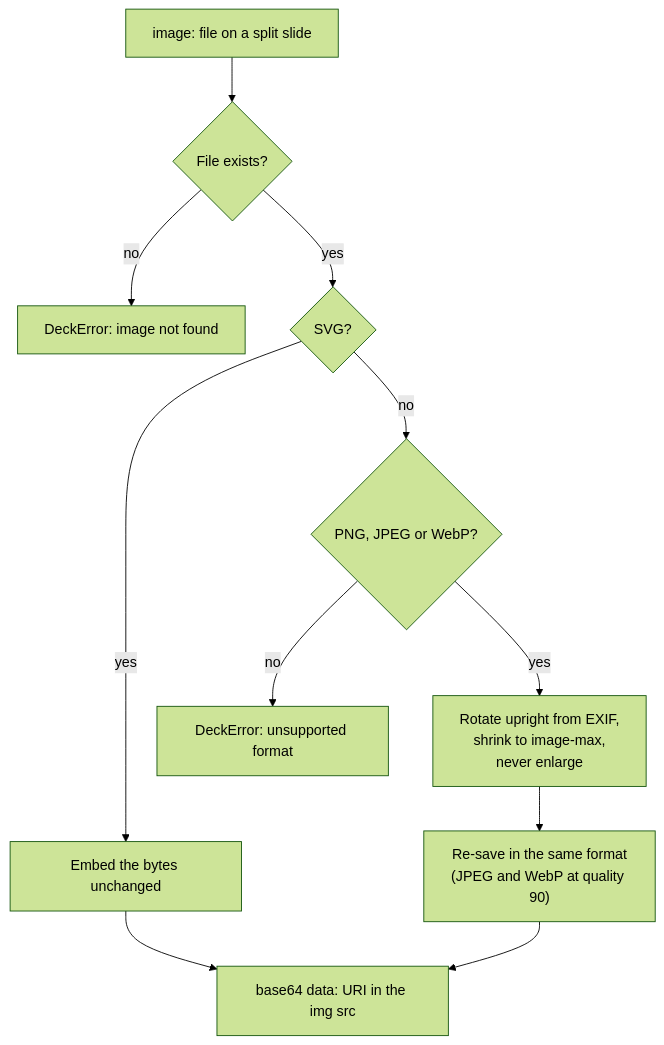
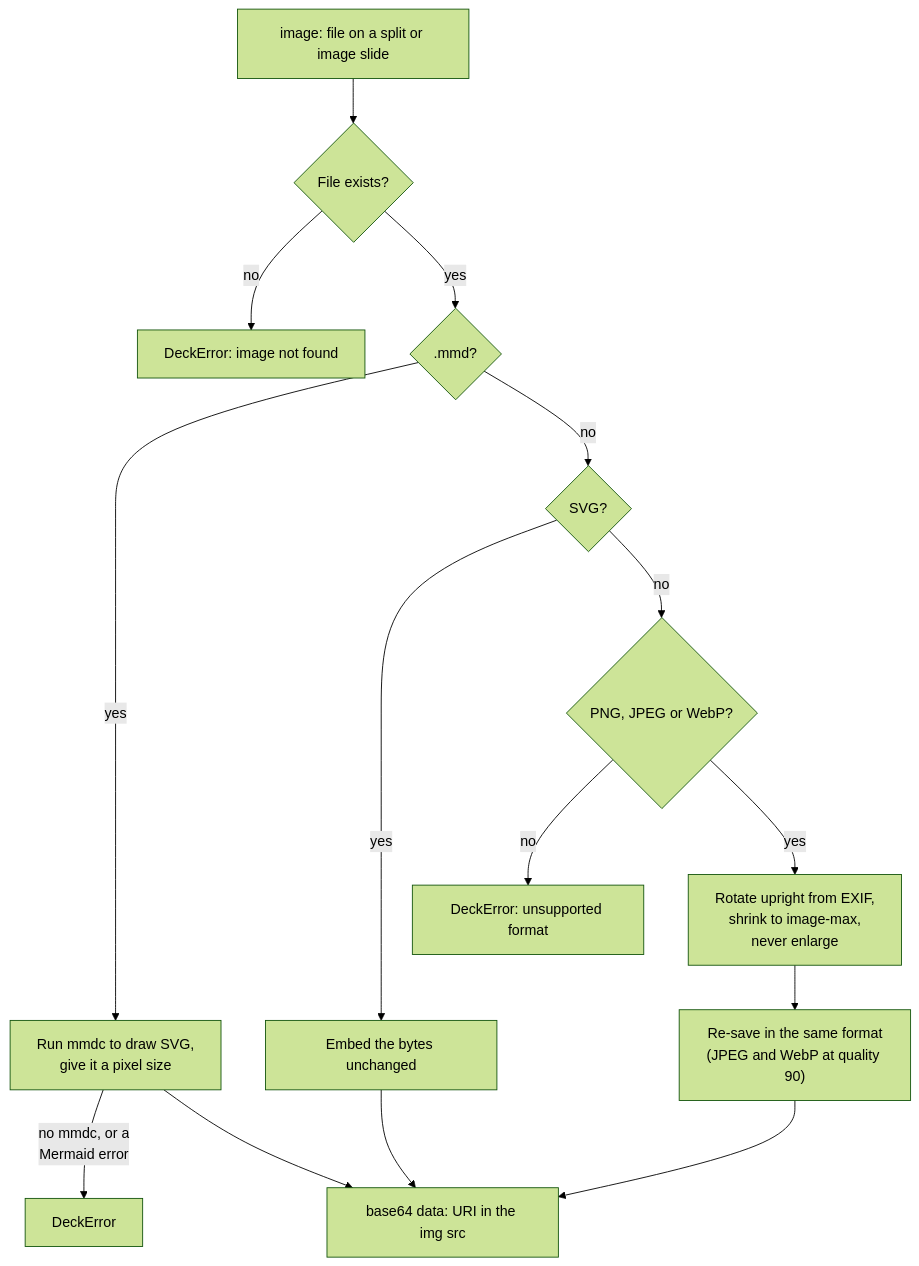
Before and after one commit to LunarCommand/akceo: the tenth of 11 diagrams in docs/how-it-works.md, drawn with Mermaid (forest theme). The commit also changed other lines of this file and 5 other files, not shown here.

First line of the commit message:
Draw Mermaid .mmd images to SVG at build time

````diff
--- a/docs/how-it-works.md
+++ b/docs/how-it-works.md
@@ -335,13 +336,17 @@
 ```mermaid
 flowchart TD
-    start["image: file on a split slide"] --> exists{"File exists?"}
+    start["image: file on a split or image slide"] --> exists{"File exists?"}
     exists -->|no| e1["DeckError: image not found"]
-    exists -->|yes| svg{"SVG?"}
+    exists -->|yes| mmd{".mmd?"}
+    mmd -->|yes| mmdc["Run mmdc to draw SVG,<br/>give it a pixel size"]
+    mmdc -->|"no mmdc, or a<br/>Mermaid error"| e3["DeckError"]
+    mmd -->|no| svg{"SVG?"}
     svg -->|yes| raw["Embed the bytes unchanged"]
     svg -->|no| fmt{"PNG, JPEG or WebP?"}
     fmt -->|no| e2["DeckError: unsupported format"]
     fmt -->|yes| fix["Rotate upright from EXIF,<br/>shrink to image-max,<br/>never enlarge"]
     fix --> save["Re-save in the same format<br/>(JPEG and WebP at quality 90)"]
     raw --> uri["base64 data: URI in the img src"]
+    mmdc --> uri
     save --> uri
 ```
````
